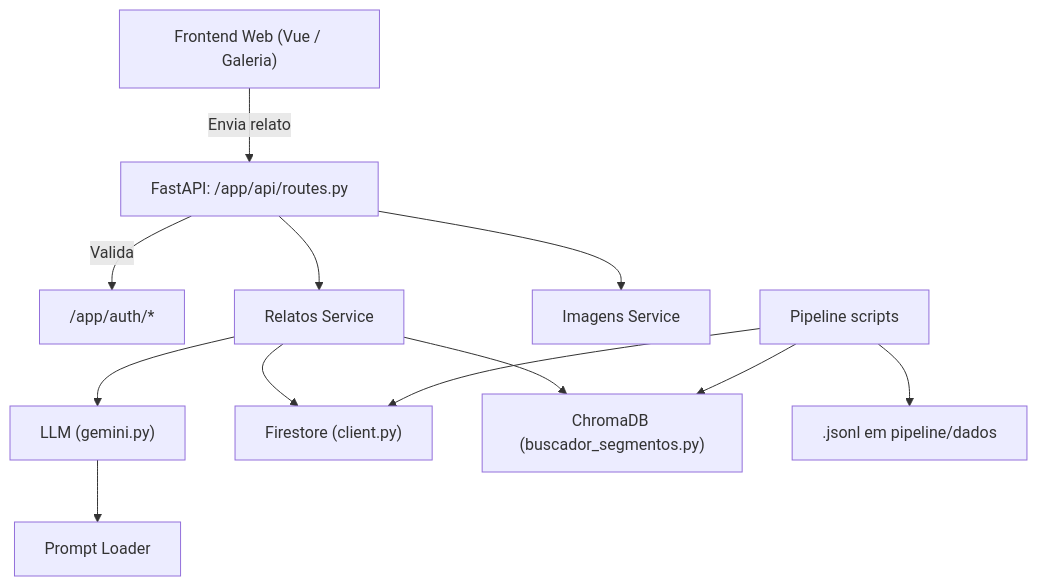
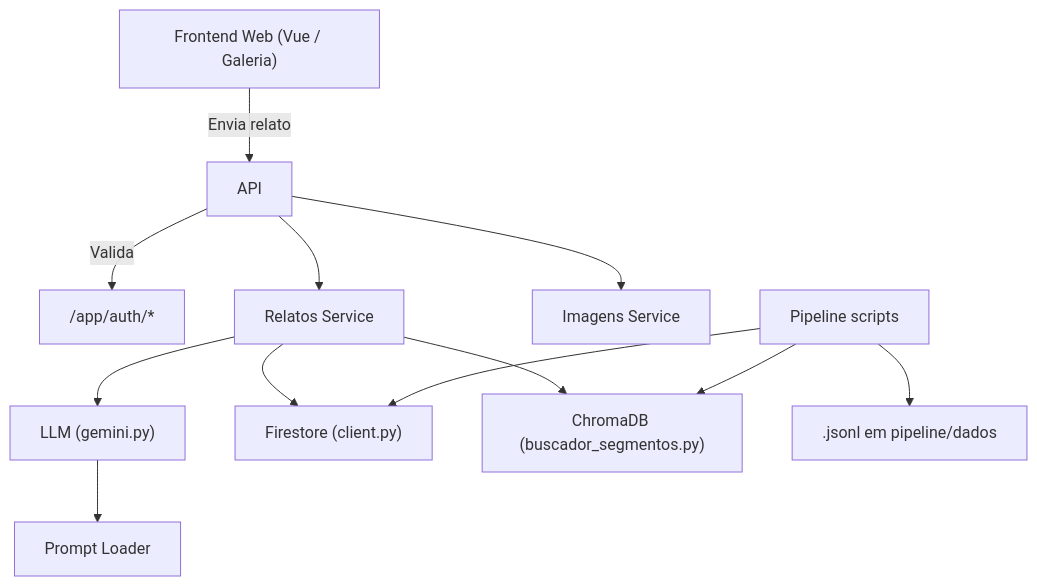
The diagram in README.md (jeffersonlsz/dermasync-api), drawn with Mermaid before and after one commit. The commit also changed other lines of this file and 1299 other files, not shown here.

Commit message:
Refactor: Consolidate auth and logging, fix Firestore collection, remove app/api

````diff
--- a/README.md
+++ b/README.md
@@ -7,27 +7,27 @@
 ```mermaid
 graph TD
     Frontend["Frontend Web (Vue / Galeria)"]
-    API["FastAPI: /app/api/routes.py"]
+    
     Auth["/app/auth/*"]
     RelatosService["Relatos Service"]
     ImagensService["Imagens Service"]
     LLMService["LLM (gemini.py)"]
     PromptLoader["Prompt Loader"]
     Firestore["Firestore (client.py)"]
     Chroma["ChromaDB (buscador_segmentos.py)"]
     Pipeline["Pipeline scripts"]
     Dados[".jsonl em pipeline/dados"]
 
     Frontend -->|Envia relato| API
     API -->|Valida| Auth
     API --> RelatosService
     API --> ImagensService
     RelatosService --> LLMService
     LLMService --> PromptLoader
     RelatosService --> Firestore
     RelatosService --> Chroma
     Pipeline --> Dados
     Pipeline --> Chroma
     Pipeline --> Firestore
 
 ```
````
